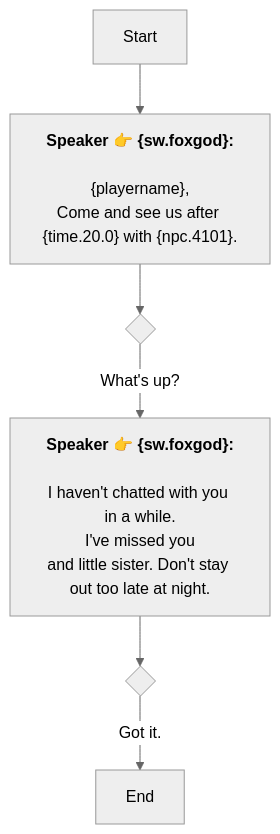
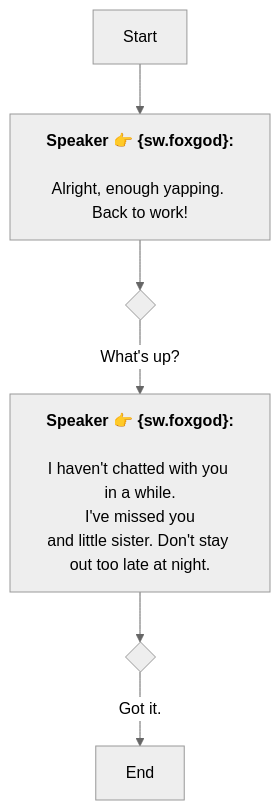
One commit to SoftHu/tos_avg changed the diagram in En/QuestStartTalkENode_1752071614967192.md. Above: the diagram before and after it, drawn with Mermaid (neutral theme). The commit also changed 228 other files, not shown here.

````diff
--- a/En/QuestStartTalkENode_1752071614967192.md
+++ b/En/QuestStartTalkENode_1752071614967192.md
@@ -1,16 +1,15 @@
 ```mermaid
 graph
 Start -->1752071650396571[<b>Speaker 👉 &lbrace;sw.foxgod&rbrace;:</b>
 
-&lbrace;playername&rbrace;,
-Come and see us after &lbrace;time.20.0&rbrace; with &lbrace;npc.4101&rbrace;.]
+Alright, enough yapping. Back to work!]
 1752071650396571 -->1752071875659164{ }
 1752071875659164 -->|What's up?|1752071892001183[<b>Speaker 👉 &lbrace;sw.foxgod&rbrace;:</b>
 
 I haven't chatted with you in a while.
 I've missed you
 and little sister. Don't stay out too late at night.]
 1752071892001183 -->1752071931245984{ }
 1752071931245984 -->|Got it.|1752071937910179[End]
 
  ```
````
